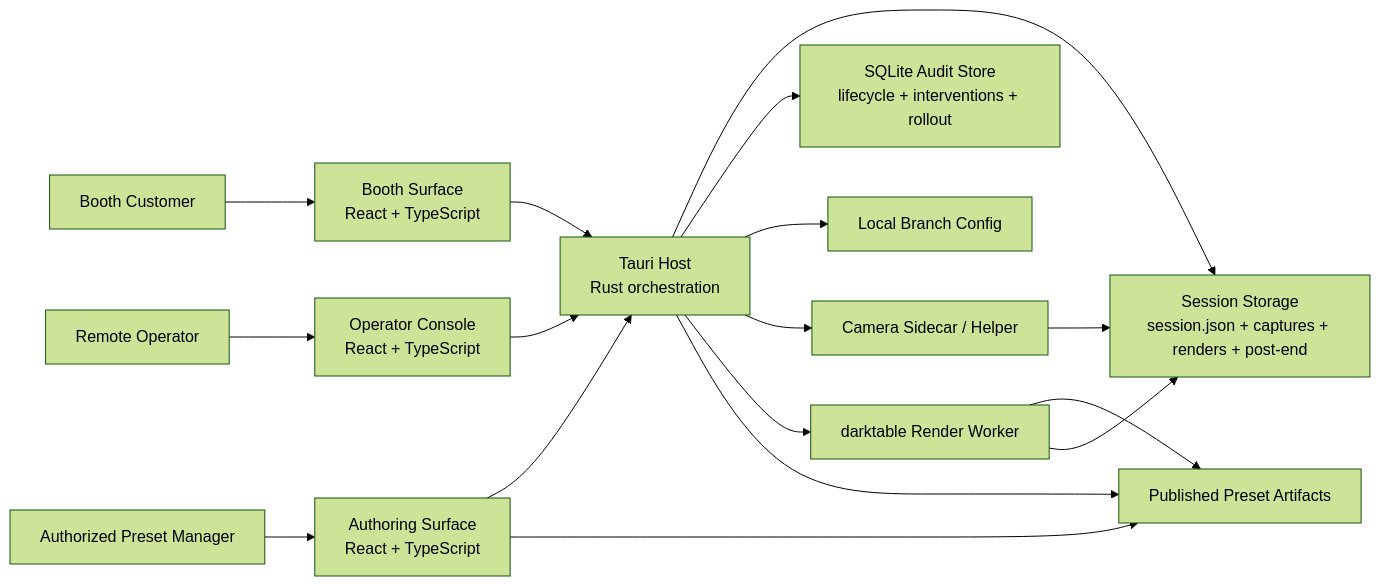
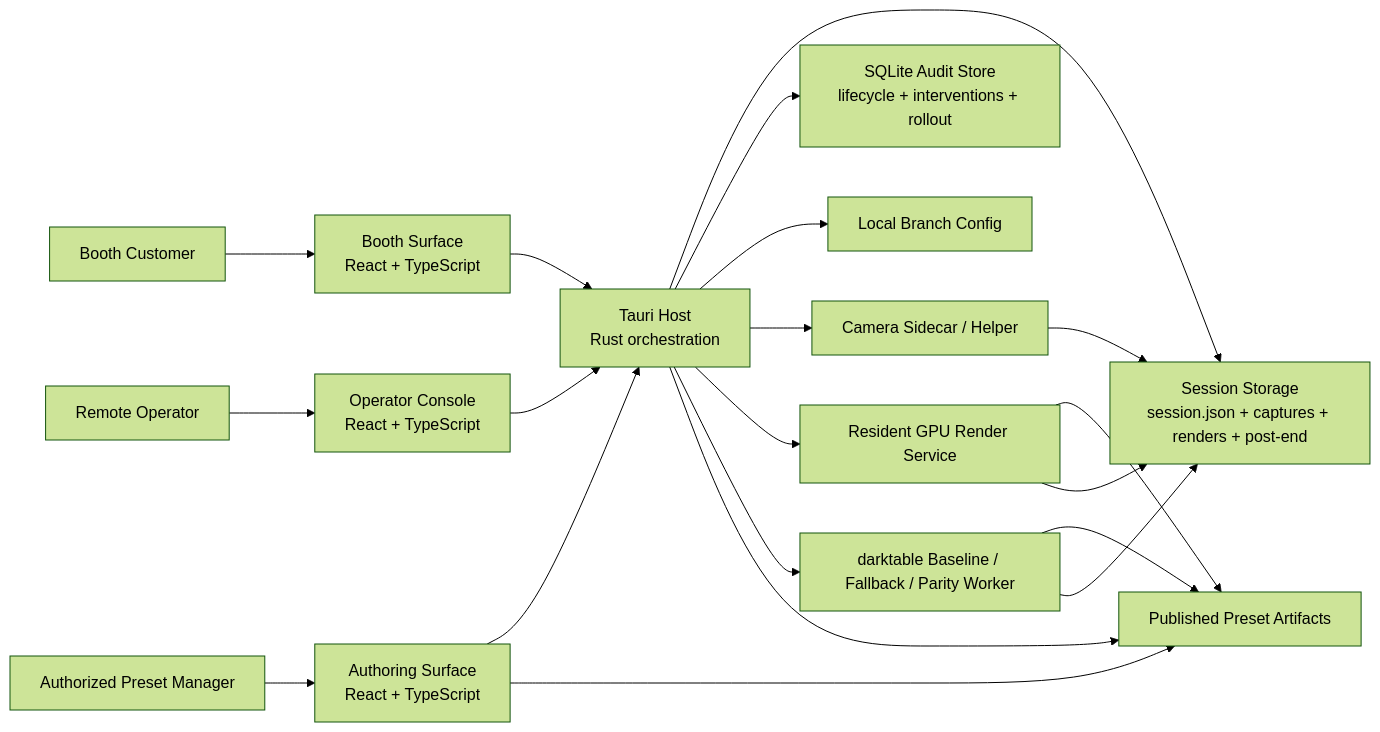
Before and after one commit to lsy9344/Boothy: the first of 2 diagrams in _bmad-output/planning-artifacts/architecture.md, drawn with Mermaid (forest theme). The commit also changed other lines of this file and 109 other files, not shown here.

````diff
--- a/_bmad-output/planning-artifacts/architecture.md
+++ b/_bmad-output/planning-artifacts/architecture.md
@@ -45,21 +45,24 @@
 ```mermaid
 flowchart LR
     Customer["Booth Customer"] --> BoothUI["Booth Surface<br/>React + TypeScript"]
     Operator["Remote Operator"] --> OperatorUI["Operator Console<br/>React + TypeScript"]
     Author["Authorized Preset Manager"] --> AuthorUI["Authoring Surface<br/>React + TypeScript"]
 
     BoothUI --> Host["Tauri Host<br/>Rust orchestration"]
     OperatorUI --> Host
     AuthorUI --> Host
 
     Host --> SessionFS["Session Storage<br/>session.json + captures + renders + post-end"]
     Host --> AuditDB["SQLite Audit Store<br/>lifecycle + interventions + rollout"]
     Host --> Config["Local Branch Config"]
     Host --> CameraSidecar["Camera Sidecar / Helper"]
-    Host --> RenderWorker["darktable Render Worker"]
+    Host --> GpuRenderService["Resident GPU Render Service"]
+    Host --> BaselineWorker["darktable Baseline / Fallback / Parity Worker"]
     AuthorUI --> PresetArtifacts["Published Preset Artifacts"]
     Host --> PresetArtifacts
-    RenderWorker --> PresetArtifacts
+    GpuRenderService --> PresetArtifacts
+    BaselineWorker --> PresetArtifacts
     CameraSidecar --> SessionFS
-    RenderWorker --> SessionFS
+    GpuRenderService --> SessionFS
+    BaselineWorker --> SessionFS
 ```
````
